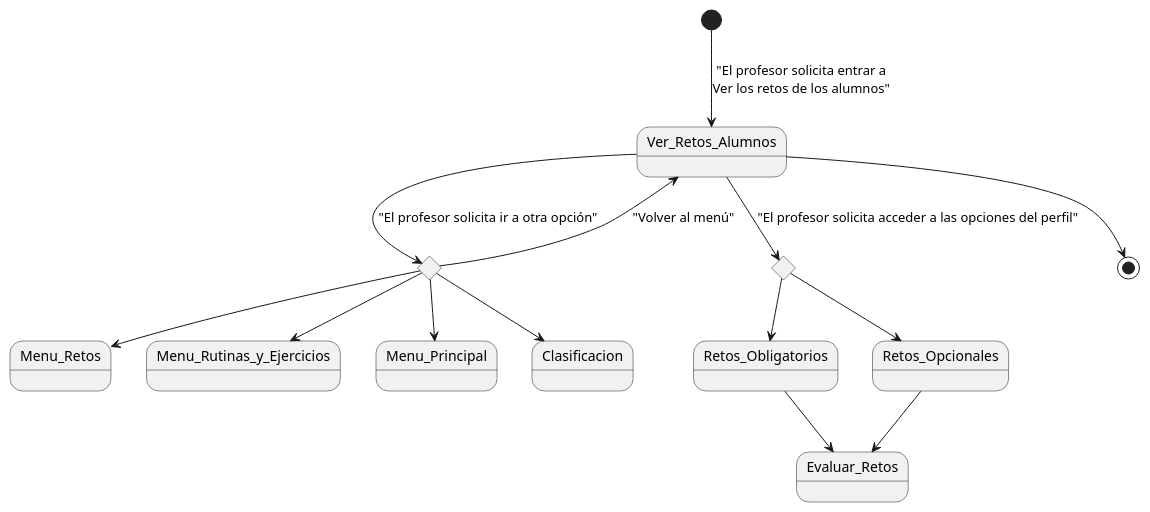
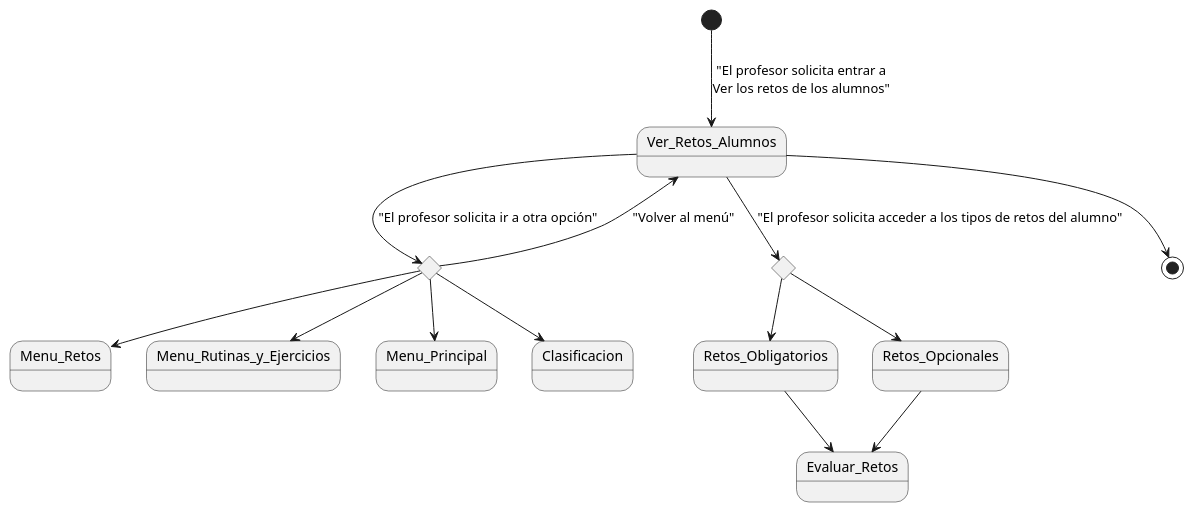
One commit to mmasias/24-25-IdSw1-SDR changed the diagram in Documentos/DetallarCasosDeUso/Profesor/Ver_Retos_Alumnos.puml. Above: the diagram before and after it, drawn with PlantUML.

Commit message:
actualizacion

```diff
--- a/Documentos/DetallarCasosDeUso/Profesor/Ver_Retos_Alumnos.puml
+++ b/Documentos/DetallarCasosDeUso/Profesor/Ver_Retos_Alumnos.puml
@@ -1,29 +1,29 @@
 @startuml
 state Ver_Retos_Alumnos
 state rombo1 <<choice>>
 state rombo2 <<choice>>
 state Retos_Obligatorios
 state Retos_Opcionales
 state Evaluar_Retos
 state Menu_Retos
 state Menu_Rutinas_y_Ejercicios
 state Menu_Principal
 
 [*] --> Ver_Retos_Alumnos : "El profesor solicita entrar a\nVer los retos de los alumnos"
 
-Ver_Retos_Alumnos --> rombo2 : "El profesor solicita acceder a las opciones del perfil"
+Ver_Retos_Alumnos --> rombo2 : "El profesor solicita acceder a los tipos de retos del alumno"
 rombo2 --> Retos_Obligatorios
 rombo2 --> Retos_Opcionales
 Retos_Obligatorios --> Evaluar_Retos 
 Retos_Opcionales --> Evaluar_Retos
 
 
 Ver_Retos_Alumnos --> rombo1 : "El profesor solicita ir a otra opción"
 rombo1 --> Clasificacion
 rombo1 --> Menu_Retos
 rombo1 --> Menu_Rutinas_y_Ejercicios
 rombo1 --> Menu_Principal
 rombo1 --> Ver_Retos_Alumnos : "Volver al menú"
 
 Ver_Retos_Alumnos --> [*]
 @enduml
```
